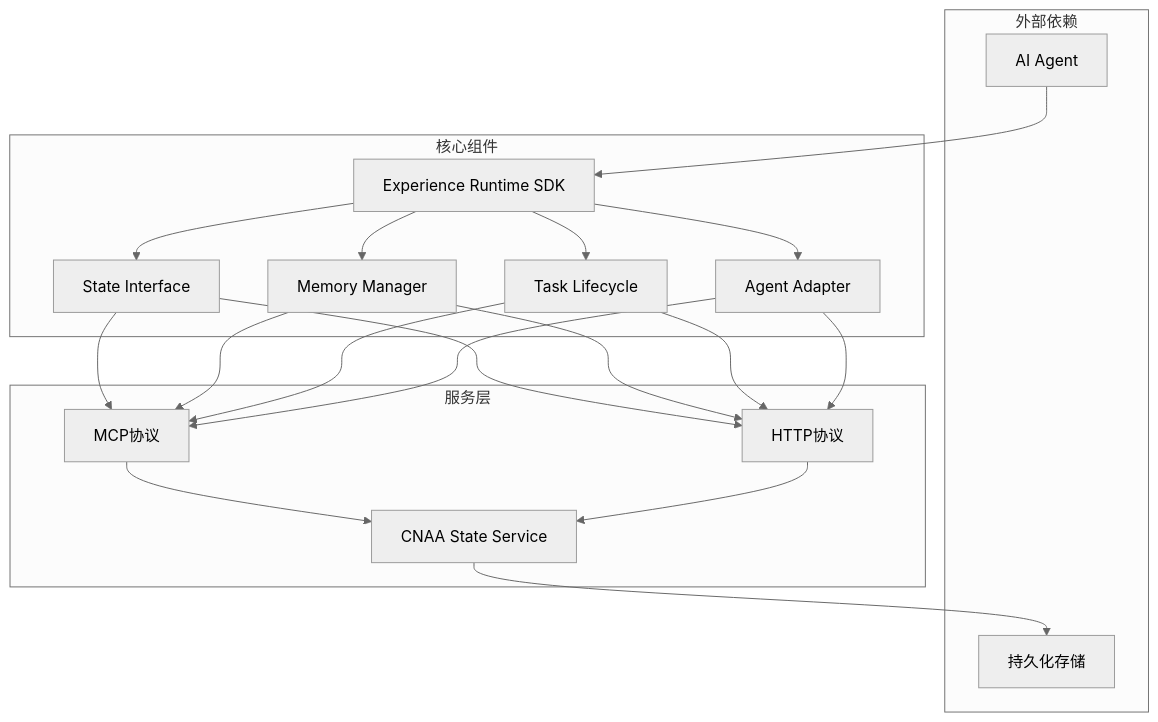
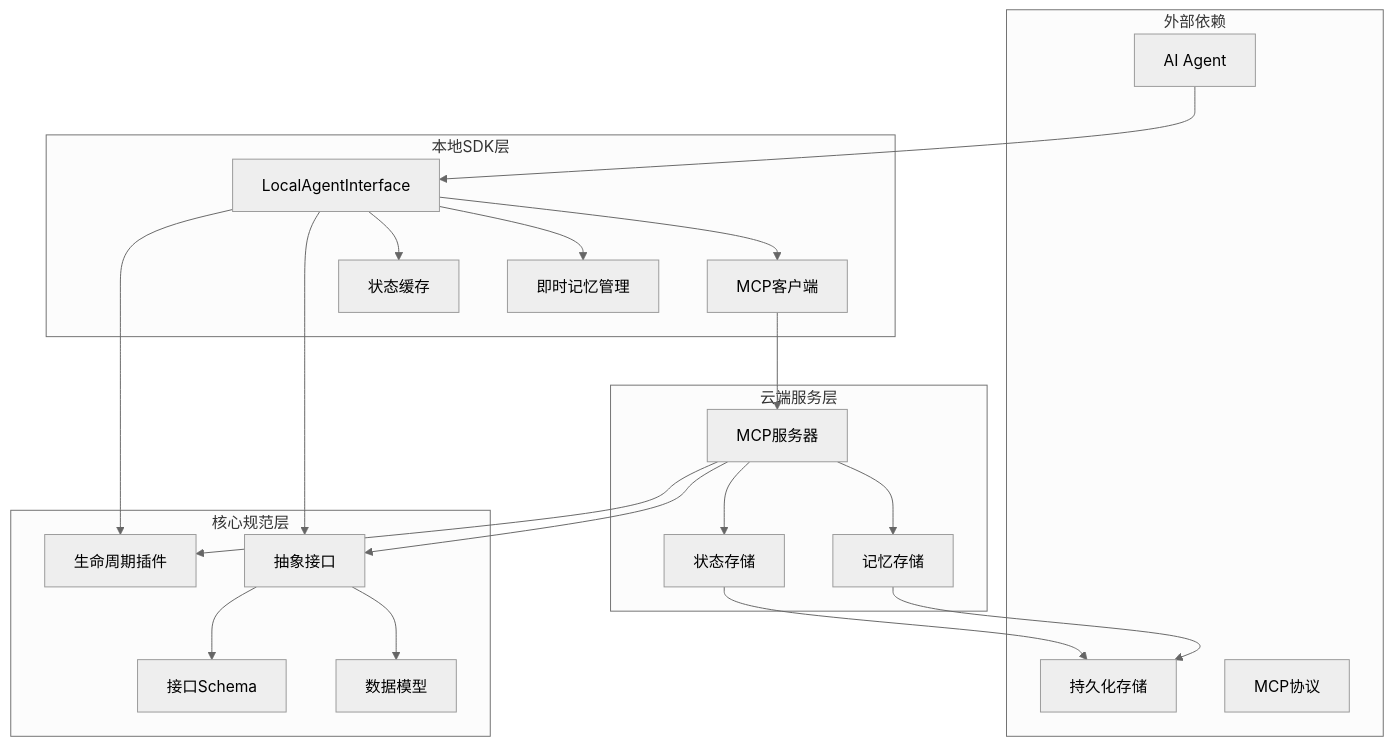
One commit to lgx236/CNAA-Cloud-Native-Agent-Architecture- changed the fifth of 6 diagrams in .qoder/repowiki/zh/content/架构设计/架构设计.md. Above: the diagram before and after it, drawn with Mermaid (neutral theme). The commit also changed other lines of this file and 80 other files, not shown here.

````diff
--- a/.qoder/repowiki/zh/content/架构设计/架构设计.md
+++ b/.qoder/repowiki/zh/content/架构设计/架构设计.md
@@ -206,35 +282,40 @@
 ```mermaid
 graph TD
 subgraph "外部依赖"
 Agent["AI Agent"]
 Storage["持久化存储"]
+MCP["MCP协议"]
 end
-subgraph "核心组件"
-SDK["Experience Runtime SDK"]
-StateIF["State Interface"]
-MemMgr["Memory Manager"]
-TaskLC["Task Lifecycle"]
-AgentAdp["Agent Adapter"]
+subgraph "核心规范层"
+Models["数据模型"]
+Schemas["接口Schema"]
+Interfaces["抽象接口"]
+Lifecycle["生命周期插件"]
 end
-subgraph "服务层"
-StateSvc["CNAA State Service"]
-MCP["MCP协议"]
-HTTP["HTTP协议"]
+subgraph "云端服务层"
+MCPServer["MCP服务器"]
+MemoryStore["记忆存储"]
+StateStore["状态存储"]
 end
-Agent --> SDK
-SDK --> StateIF
-SDK --> MemMgr
-SDK --> TaskLC
-SDK --> AgentAdp
-StateIF --> MCP
-StateIF --> HTTP
-MemMgr --> MCP
-MemMgr --> HTTP
-TaskLC --> MCP
-TaskLC --> HTTP
-AgentAdp --> MCP
-AgentAdp --> HTTP
-MCP --> StateSvc
-HTTP --> StateSvc
-StateSvc --> Storage
+subgraph "本地SDK层"
+LocalAgent["LocalAgentInterface"]
+MCPClient["MCP客户端"]
+InstantMemory["即时记忆管理"]
+StateCache["状态缓存"]
+end
+Agent --> LocalAgent
+LocalAgent --> MCPClient
+LocalAgent --> InstantMemory
+LocalAgent --> StateCache
+MCPClient --> MCPServer
+MCPServer --> MemoryStore
+MCPServer --> StateStore
+MemoryStore --> Storage
+StateStore --> Storage
+LocalAgent --> Interfaces
+MCPServer --> Interfaces
+Interfaces --> Models
+Interfaces --> Schemas
+LocalAgent --> Lifecycle
+MCPServer --> Lifecycle
 ```
````
